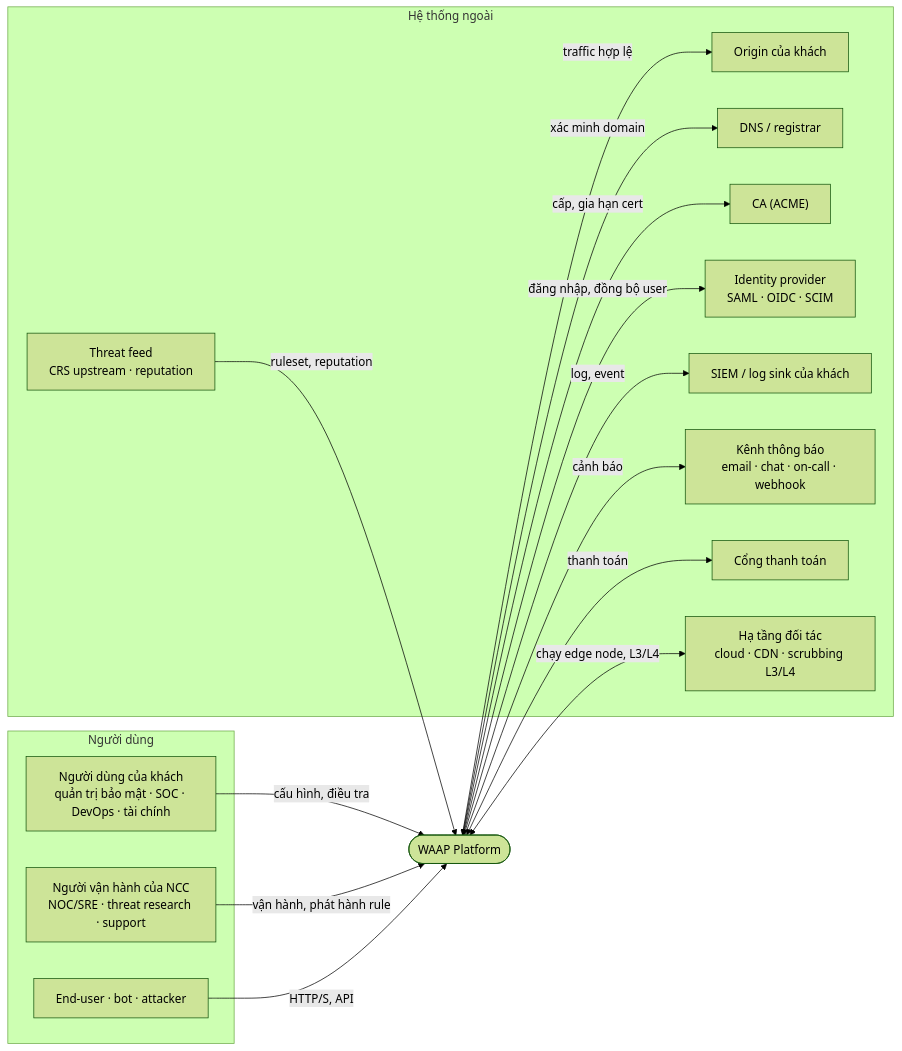
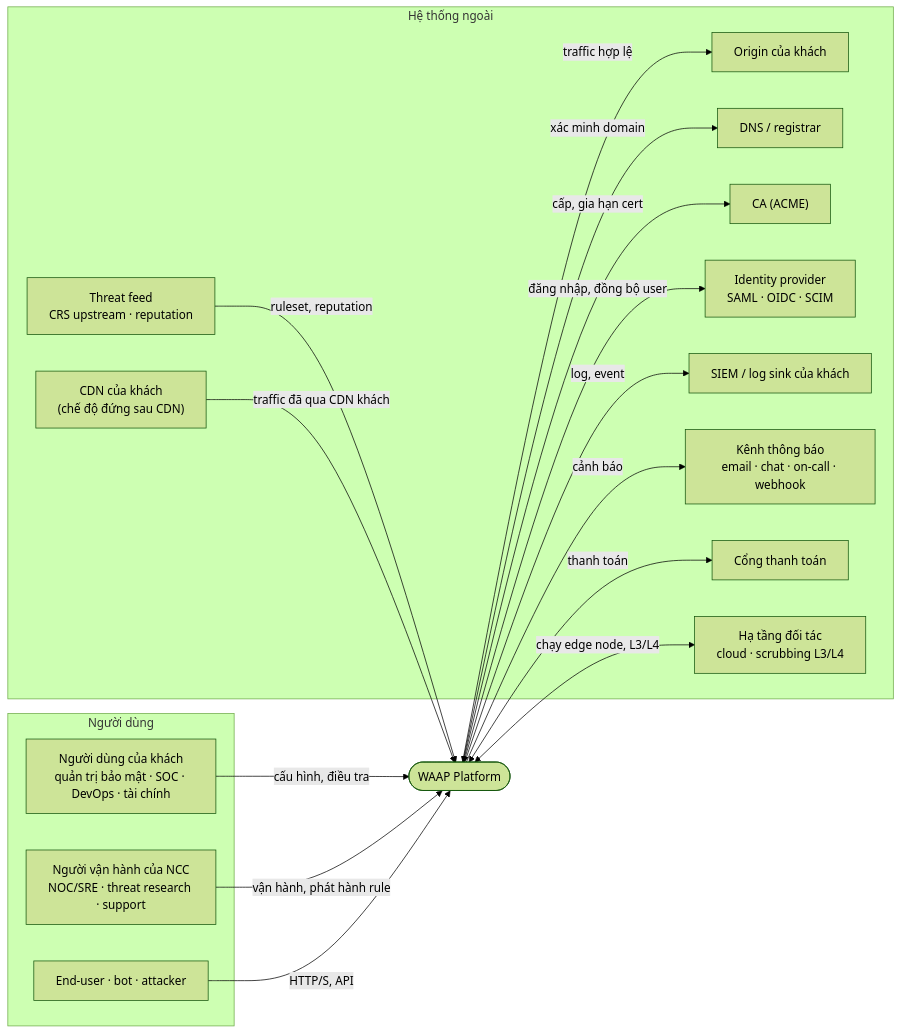
The diagram in docs/architecture/03-context/00-index.md (metap-org/metap-demo-waf), drawn with Mermaid (forest theme) before and after one commit. The commit also changed other lines of this file and 43 other files, not shown here.

````diff
--- a/docs/architecture/03-context/00-index.md
+++ b/docs/architecture/03-context/00-index.md
@@ -5,35 +5,37 @@
 ```mermaid
 flowchart LR
     subgraph users["Người dùng"]
         cust["Người dùng của khách<br/>quản trị bảo mật · SOC · DevOps · tài chính"]
         prov["Người vận hành của NCC<br/>NOC/SRE · threat research · support"]
         eu["End-user · bot · attacker"]
     end
 
     waap(["WAAP Platform"])
 
     subgraph ext["Hệ thống ngoài"]
         origin["Origin của khách"]
         dns["DNS / registrar"]
         ca["CA (ACME)"]
         idp["Identity provider<br/>SAML · OIDC · SCIM"]
         siem["SIEM / log sink của khách"]
         notify["Kênh thông báo<br/>email · chat · on-call · webhook"]
         feed["Threat feed<br/>CRS upstream · reputation"]
         pay["Cổng thanh toán"]
-        infra["Hạ tầng đối tác<br/>cloud · CDN · scrubbing L3/L4"]
+        infra["Hạ tầng đối tác<br/>cloud · scrubbing L3/L4"]
+        ccdn["CDN của khách<br/>(chế độ đứng sau CDN)"]
     end
 
     cust -->|cấu hình, điều tra| waap
     prov -->|vận hành, phát hành rule| waap
     eu -->|HTTP/S, API| waap
     waap -->|traffic hợp lệ| origin
     waap <-->|xác minh domain| dns
     waap <-->|cấp, gia hạn cert| ca
     waap <-->|đăng nhập, đồng bộ user| idp
     waap -->|log, event| siem
     waap -->|cảnh báo| notify
     feed -->|ruleset, reputation| waap
     waap <-->|thanh toán| pay
     waap <-->|chạy edge node, L3/L4| infra
+    ccdn -->|traffic đã qua CDN khách| waap
 ```
````
